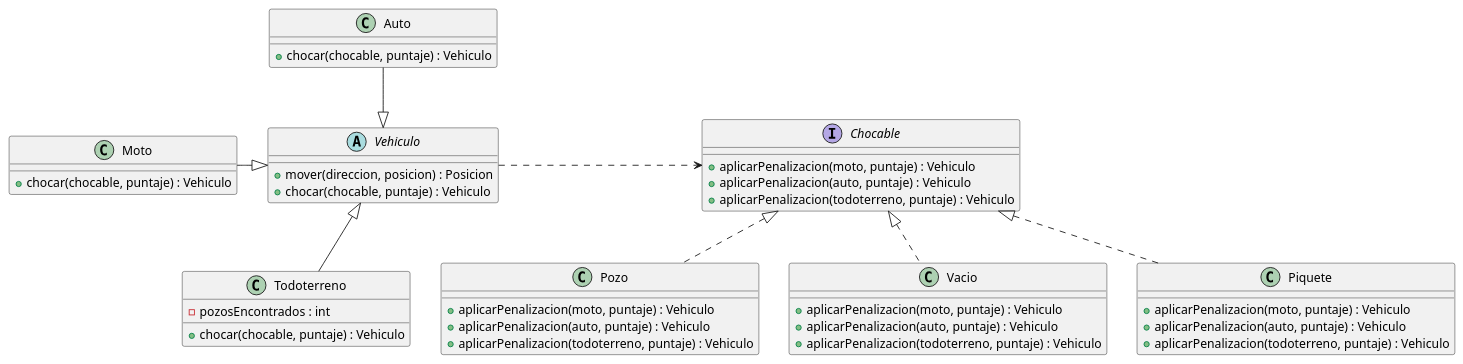
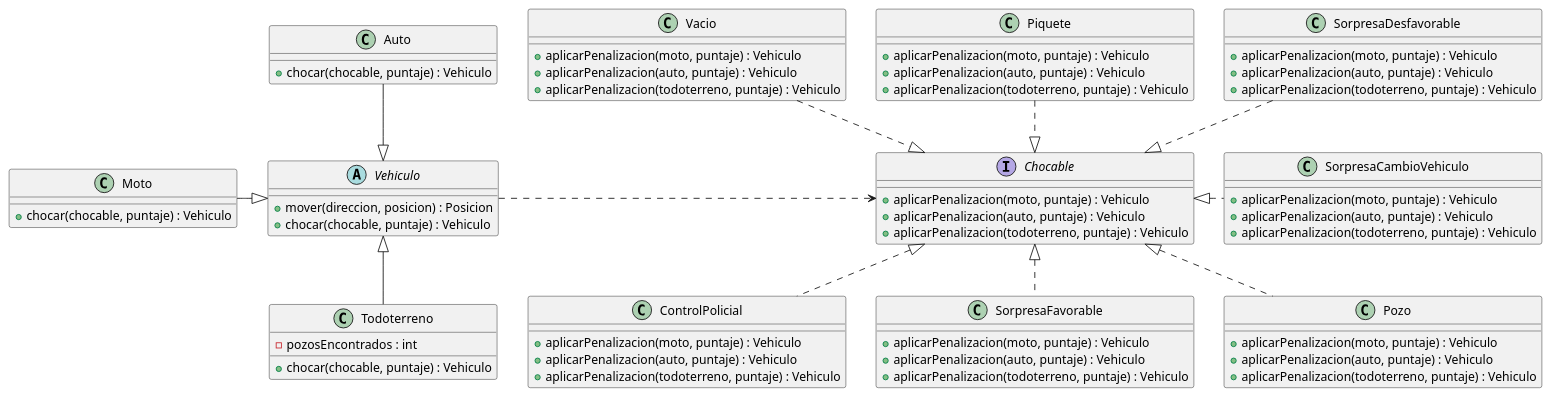
The diagram in diagrams/classes/diagrama_interfaces.puml (NestorPala/T17-GPSChallenge), drawn with PlantUML before and after one commit.

Commit message:
Correccion diagrama de interfaces

```diff
--- a/diagrams/classes/diagrama_interfaces.puml
+++ b/diagrams/classes/diagrama_interfaces.puml
@@ -1,59 +1,87 @@
 @startuml
 
 
 class Pozo {
     +  aplicarPenalizacion(moto, puntaje) : Vehiculo
     +  aplicarPenalizacion(auto, puntaje) : Vehiculo
     +  aplicarPenalizacion(todoterreno, puntaje) : Vehiculo
 }
 
 class Vacio {
     +  aplicarPenalizacion(moto, puntaje) : Vehiculo
     +  aplicarPenalizacion(auto, puntaje) : Vehiculo
     +  aplicarPenalizacion(todoterreno, puntaje) : Vehiculo
 }
 
 class Piquete { 
+    +  aplicarPenalizacion(moto, puntaje) : Vehiculo
+    +  aplicarPenalizacion(auto, puntaje) : Vehiculo
+    +  aplicarPenalizacion(todoterreno, puntaje) : Vehiculo
+}
+
+class ControlPolicial {
+    +  aplicarPenalizacion(moto, puntaje) : Vehiculo
+    +  aplicarPenalizacion(auto, puntaje) : Vehiculo
+    +  aplicarPenalizacion(todoterreno, puntaje) : Vehiculo
+}
+
+class SorpresaFavorable {
+    +  aplicarPenalizacion(moto, puntaje) : Vehiculo
+    +  aplicarPenalizacion(auto, puntaje) : Vehiculo
+    +  aplicarPenalizacion(todoterreno, puntaje) : Vehiculo
+}
+
+class SorpresaDesfavorable {
+    +  aplicarPenalizacion(moto, puntaje) : Vehiculo
+    +  aplicarPenalizacion(auto, puntaje) : Vehiculo
+    +  aplicarPenalizacion(todoterreno, puntaje) : Vehiculo
+}
+
+class SorpresaCambioVehiculo {
     +  aplicarPenalizacion(moto, puntaje) : Vehiculo
     +  aplicarPenalizacion(auto, puntaje) : Vehiculo
     +  aplicarPenalizacion(todoterreno, puntaje) : Vehiculo
 }
 
 class Auto {
     + chocar(chocable, puntaje) : Vehiculo
 }
 
 class Moto {
     + chocar(chocable, puntaje) : Vehiculo
 }
 
 class Todoterreno {
     - pozosEncontrados : int
     + chocar(chocable, puntaje) : Vehiculo
 }
 
 abstract class Vehiculo {
     + mover(direccion, posicion) : Posicion
     + chocar(chocable, puntaje) : Vehiculo
 }
 
 interface Chocable {
     + aplicarPenalizacion(moto, puntaje) : Vehiculo
     + aplicarPenalizacion(auto, puntaje) : Vehiculo
     + aplicarPenalizacion(todoterreno, puntaje) : Vehiculo
 }
 
 Chocable <|.. Pozo
-Chocable <|.. Vacio
-Chocable <|.. Piquete
+Vacio ..|> Chocable
+Piquete ..|> Chocable
+SorpresaDesfavorable ..|> Chocable
+Chocable <|. SorpresaCambioVehiculo
+Chocable <|.. SorpresaFavorable
+Chocable <|.. ControlPolicial
 
 Vehiculo <|-- Todoterreno
 Auto --|> Vehiculo
 Moto -|> Vehiculo
 
 Vehiculo .> Chocable
 
 
 
 
 @enduml
```
